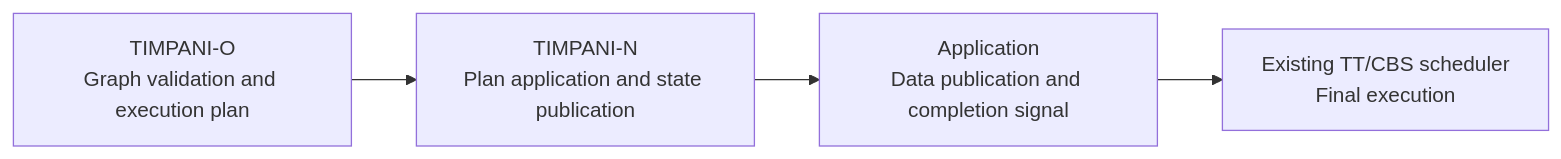
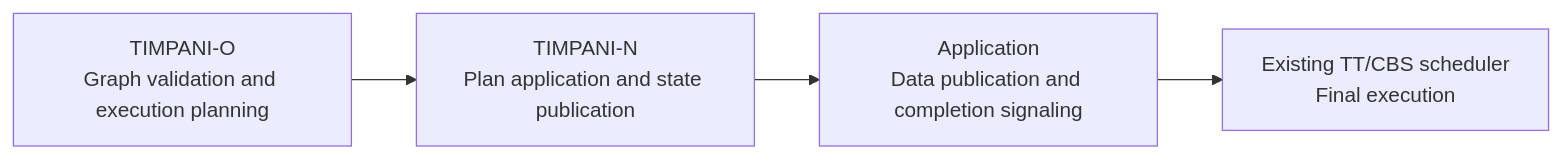
The second of 3 diagrams in doc/design/OVERVIEW-009-data-driven-workload.md (akshayg0314/timpani26), drawn with Mermaid before and after one commit. The commit also changed other lines of this file and 11 other files, not shown here.

````diff
--- a/doc/design/OVERVIEW-009-data-driven-workload.md
+++ b/doc/design/OVERVIEW-009-data-driven-workload.md
@@ -112,6 +112,6 @@
 ```mermaid
 flowchart LR
-    O["TIMPANI-O<br/>Graph validation and execution plan"] --> N["TIMPANI-N<br/>Plan application and state publication"]
-    N --> APP["Application<br/>Data publication and completion signal"]
+    O["TIMPANI-O<br/>Graph validation and execution planning"] --> N["TIMPANI-N<br/>Plan application and state publication"]
+    N --> APP["Application<br/>Data publication and completion signaling"]
     APP --> SCHED["Existing TT/CBS scheduler<br/>Final execution"]
 ```
````
